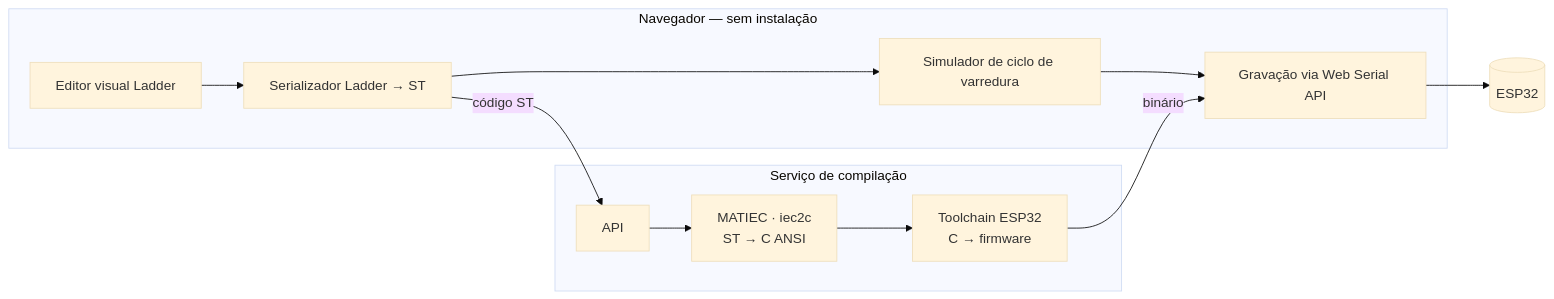
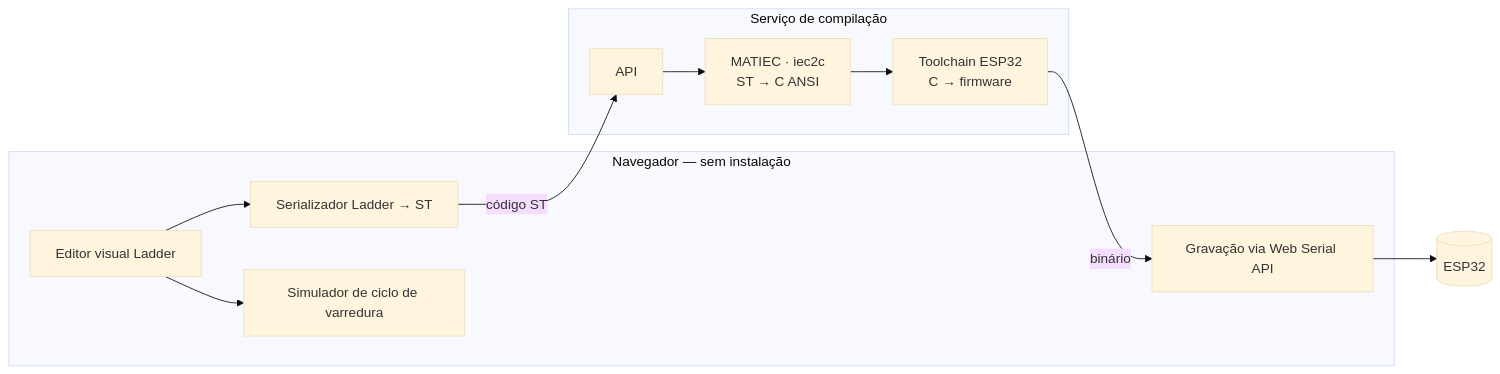
The diagram in README.md (andre-m-t/ladder-web-ide), drawn with Mermaid (base theme) before and after one commit. The commit also changed other lines of this file and 26 other files, not shown here.

````diff
--- a/README.md
+++ b/README.md
@@ -48,19 +50,20 @@
 ```mermaid
 flowchart LR
     subgraph Cliente["Navegador — sem instalação"]
-        A[Editor visual Ladder] --> B[Serializador Ladder → ST]
-        B --> C[Simulador de ciclo de varredura]
-        C --> D[Gravação via Web Serial API]
+        A[Editor visual Ladder]
+        A --> B[Serializador Ladder → ST]
+        A --> C[Simulador de ciclo de varredura]
+        D[Gravação via Web Serial API]
     end
 
     subgraph Servidor["Serviço de compilação"]
         E[API]
         E1["MATIEC · iec2c<br/>ST → C ANSI"]
         E2["Toolchain ESP32<br/>C → firmware"]
         E --> E1 --> E2
     end
 
     B -- "código ST" --> E
     E2 -- "binário" --> D
     D --> F[(ESP32)]
 ```
````
